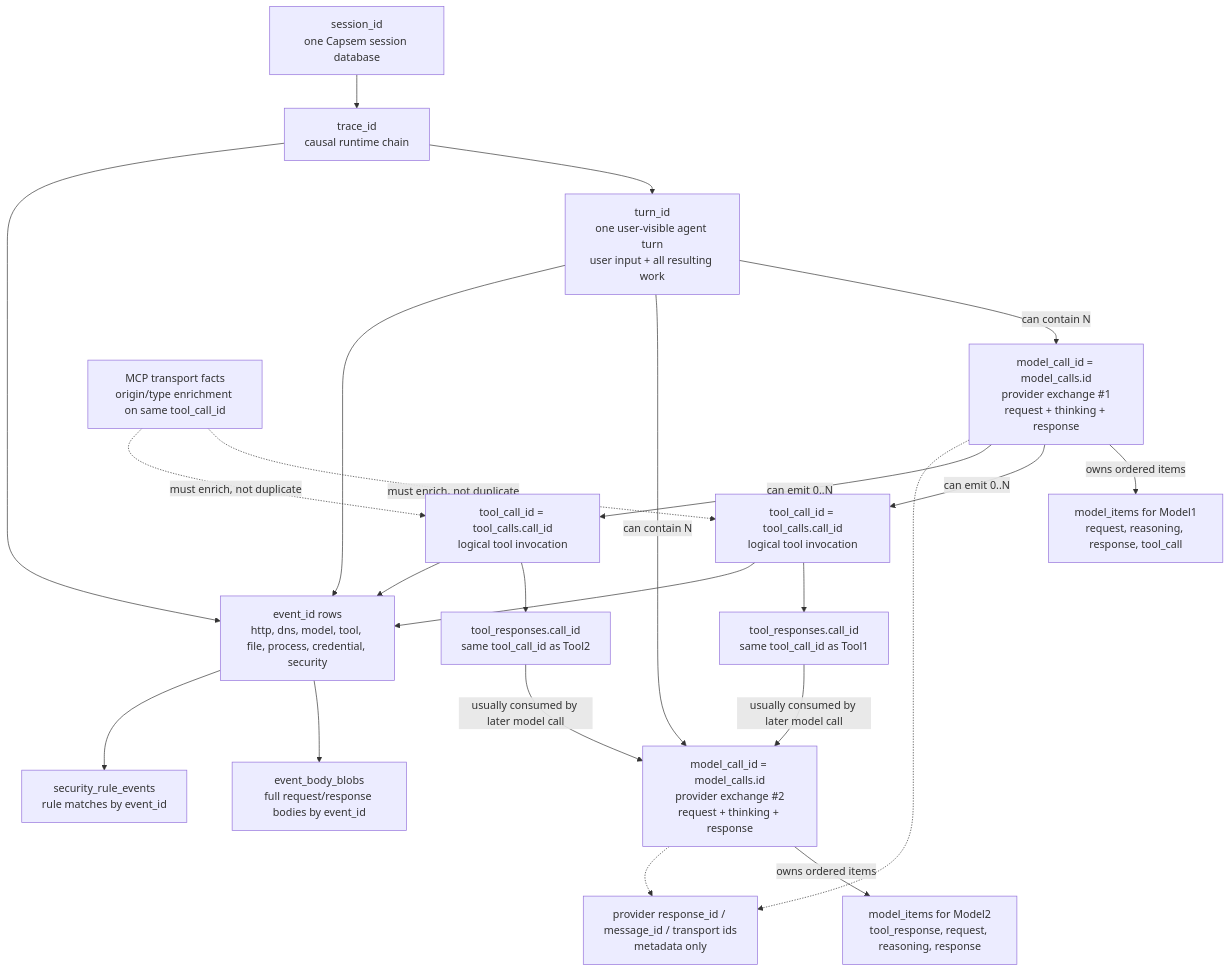
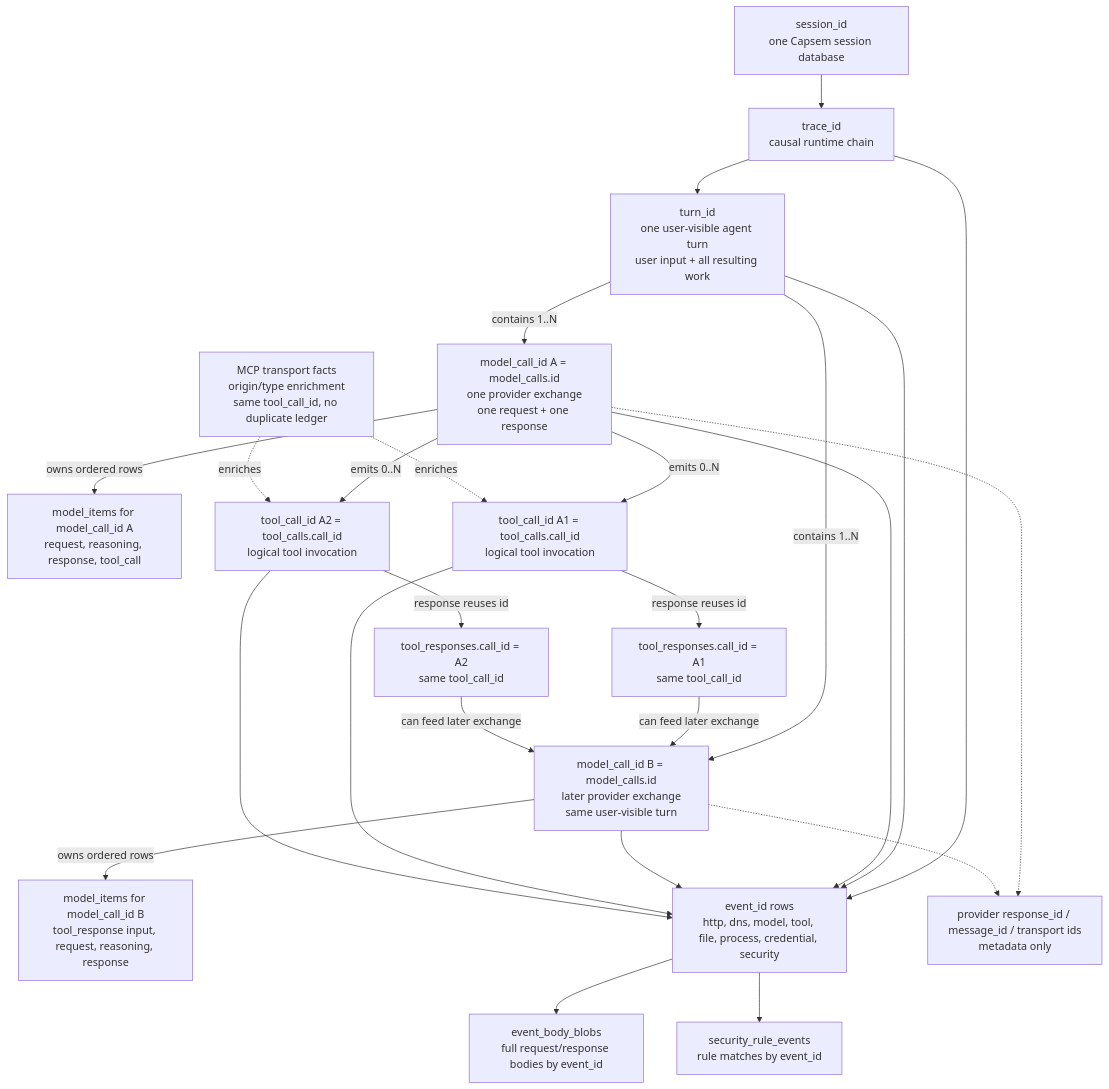
The second of 4 diagrams in docs/src/content/docs/architecture/session-telemetry.md (google/capsem), drawn with Mermaid before and after one commit. The commit also changed 1 other file, not shown here.

Commit message:
docs: clarify model tool identity graph

````diff
--- a/docs/src/content/docs/architecture/session-telemetry.md
+++ b/docs/src/content/docs/architecture/session-telemetry.md
@@ -157,48 +157,50 @@
 ```mermaid
 flowchart TD
     Session["session_id<br/>one Capsem session database"]
     Trace["trace_id<br/>causal runtime chain"]
     Turn["turn_id<br/>one user-visible agent turn<br/>user input + all resulting work"]
 
-    Model1["model_call_id = model_calls.id<br/>provider exchange #1<br/>request + thinking + response"]
-    Model2["model_call_id = model_calls.id<br/>provider exchange #2<br/>request + thinking + response"]
-    ModelItems1["model_items for Model1<br/>request, reasoning, response, tool_call"]
-    ModelItems2["model_items for Model2<br/>tool_response, request, reasoning, response"]
+    ModelA["model_call_id A = model_calls.id<br/>one provider exchange<br/>one request + one response"]
+    ModelB["model_call_id B = model_calls.id<br/>later provider exchange<br/>same user-visible turn"]
+    ModelAItems["model_items for model_call_id A<br/>request, reasoning, response, tool_call"]
+    ModelBItems["model_items for model_call_id B<br/>tool_response input, request, reasoning, response"]
 
-    Tool1["tool_call_id = tool_calls.call_id<br/>logical tool invocation"]
-    Tool2["tool_call_id = tool_calls.call_id<br/>logical tool invocation"]
-    ToolResponse1["tool_responses.call_id<br/>same tool_call_id as Tool1"]
-    ToolResponse2["tool_responses.call_id<br/>same tool_call_id as Tool2"]
-    McpFacts["MCP transport facts<br/>origin/type enrichment on same tool_call_id"]
+    ToolA1["tool_call_id A1 = tool_calls.call_id<br/>logical tool invocation"]
+    ToolA2["tool_call_id A2 = tool_calls.call_id<br/>logical tool invocation"]
+    ToolA1Response["tool_responses.call_id = A1<br/>same tool_call_id"]
+    ToolA2Response["tool_responses.call_id = A2<br/>same tool_call_id"]
+    McpFacts["MCP transport facts<br/>origin/type enrichment<br/>same tool_call_id, no duplicate ledger"]
 
     EventRows["event_id rows<br/>http, dns, model, tool, file, process, credential, security"]
     BodyBlobs["event_body_blobs<br/>full request/response bodies by event_id"]
     SecurityRows["security_rule_events<br/>rule matches by event_id"]
     ProviderIds["provider response_id / message_id / transport ids<br/>metadata only"]
 
     Session --> Trace
     Trace --> Turn
-    Turn -->|"can contain N"| Model1
-    Turn -->|"can contain N"| Model2
+    Turn -->|"contains 1..N"| ModelA
+    Turn -->|"contains 1..N"| ModelB
 
-    Model1 -->|"owns ordered items"| ModelItems1
-    Model2 -->|"owns ordered items"| ModelItems2
-    Model1 -->|"can emit 0..N"| Tool1
-    Model1 -->|"can emit 0..N"| Tool2
+    ModelA -->|"owns ordered rows"| ModelAItems
+    ModelB -->|"owns ordered rows"| ModelBItems
+    ModelA -->|"emits 0..N"| ToolA1
+    ModelA -->|"emits 0..N"| ToolA2
 
-    Tool1 --> ToolResponse1
-    Tool2 --> ToolResponse2
-    McpFacts -.->|"must enrich, not duplicate"| Tool1
-    McpFacts -.->|"must enrich, not duplicate"| Tool2
-    ToolResponse1 -->|"usually consumed by later model call"| Model2
-    ToolResponse2 -->|"usually consumed by later model call"| Model2
+    ToolA1 -->|"response reuses id"| ToolA1Response
+    ToolA2 -->|"response reuses id"| ToolA2Response
+    McpFacts -.->|"enriches"| ToolA1
+    McpFacts -.->|"enriches"| ToolA2
+    ToolA1Response -->|"can feed later exchange"| ModelB
+    ToolA2Response -->|"can feed later exchange"| ModelB
 
     Trace --> EventRows
     Turn --> EventRows
-    Tool1 --> EventRows
-    Tool2 --> EventRows
+    ModelA --> EventRows
+    ModelB --> EventRows
+    ToolA1 --> EventRows
+    ToolA2 --> EventRows
     EventRows --> BodyBlobs
     EventRows --> SecurityRows
-    Model1 -.-> ProviderIds
-    Model2 -.-> ProviderIds
+    ModelA -.-> ProviderIds
+    ModelB -.-> ProviderIds
 ```
````
